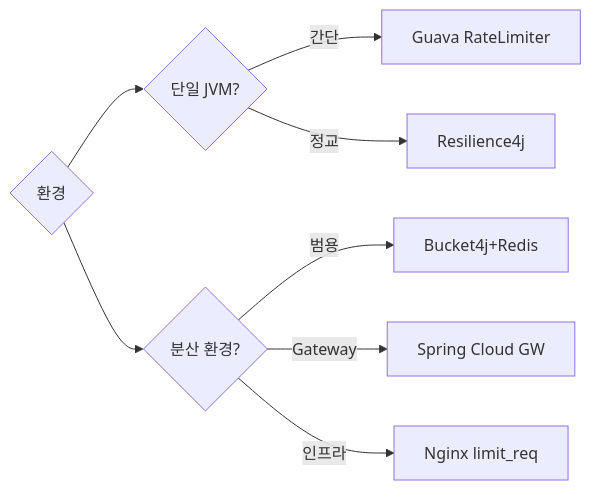
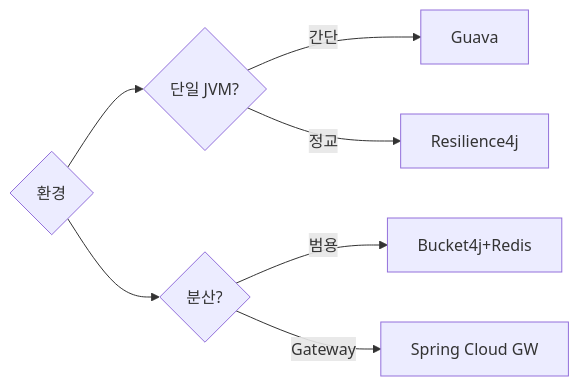
Before and after one commit to yjkim2015/yjkim2015.github.io: the tenth of 10 diagrams in _posts/spring/2026-05-01-rate-limiting.md, drawn with Mermaid. The commit also changed other lines of this file and 245 other files, not shown here.

First line of the commit message:
Mermaid 다이어그램 전면 수정 + 면접 포인트 접기/펼치기 + DB 데드락 페이지

````diff
--- a/_posts/spring/2026-05-01-rate-limiting.md
+++ b/_posts/spring/2026-05-01-rate-limiting.md
@@ -1615,10 +1619,9 @@
 ```mermaid
 graph LR
     ENV{"환경"} --> SJ{"단일 JVM?"}
-    SJ -->|"간단"| GV["Guava RateLimiter"]
+    SJ -->|"간단"| GV["Guava"]
     SJ -->|"정교"| R4J["Resilience4j"]
-    ENV --> DS{"분산 환경?"}
+    ENV --> DS{"분산?"}
     DS -->|"범용"| B4R["Bucket4j+Redis"]
     DS -->|"Gateway"| SCG["Spring Cloud GW"]
-    DS -->|"인프라"| NX["Nginx limit_req"]
 ```
````
